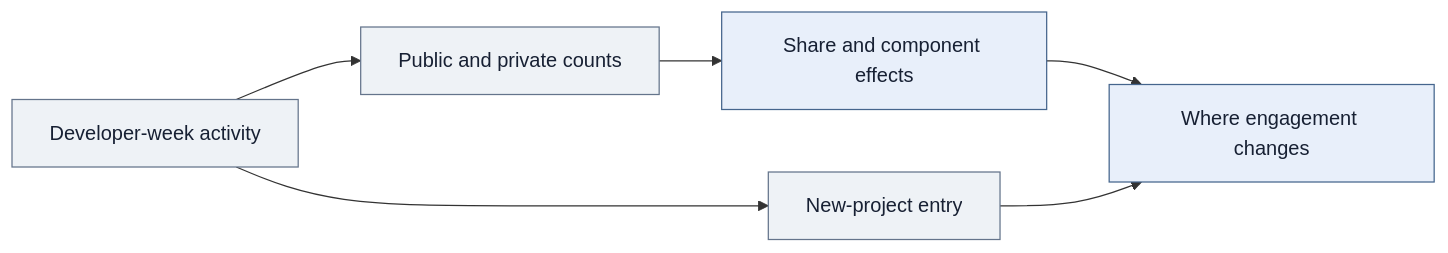
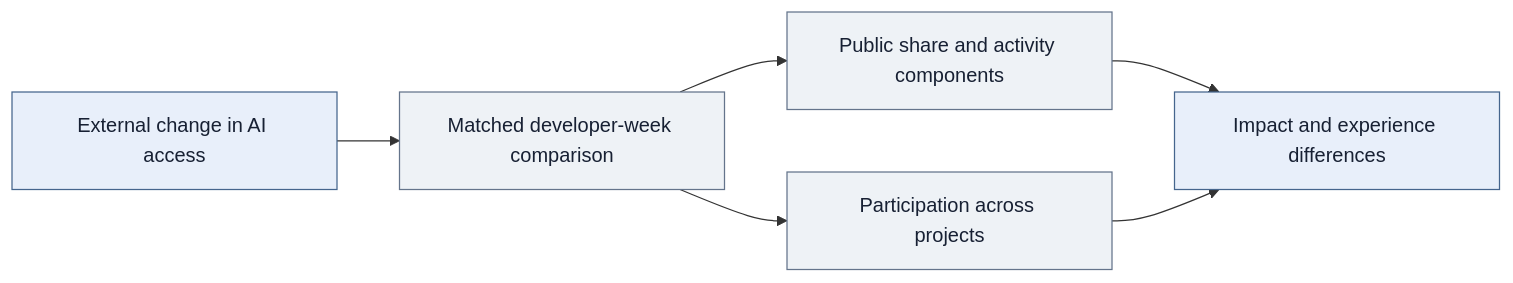
One commit to SardarBonabi/behavioral-analytics-effort-allocation changed the diagram in README.md. Above: the diagram before and after it, drawn with Mermaid. The commit also changed other lines of this file, not shown here.

Commit message:
Lead with quasi-experimental participation effects and choice modeling

````diff
--- a/README.md
+++ b/README.md
@@ -63,13 +35,13 @@
 ```mermaid
 flowchart LR
-    A["Developer-week activity"] --> B["Public and private counts"]
-    B --> C["Share and component effects"]
-    A --> D["New-project entry"]
-    C --> E["Where engagement changes"]
+    A["External change in AI access"] --> B["Matched developer-week comparison"]
+    B --> C["Public share and activity components"]
+    B --> D["Participation across projects"]
+    C --> E["Impact and experience differences"]
     D --> E
-    style A fill:#eef2f6,stroke:#64748b,color:#172033
+    style A fill:#e8effa,stroke:#45658d,color:#172033
     style B fill:#eef2f6,stroke:#64748b,color:#172033
-    style C fill:#e8effa,stroke:#45658d,color:#172033
+    style C fill:#eef2f6,stroke:#64748b,color:#172033
     style D fill:#eef2f6,stroke:#64748b,color:#172033
     style E fill:#e8effa,stroke:#45658d,color:#172033
 ```
````
